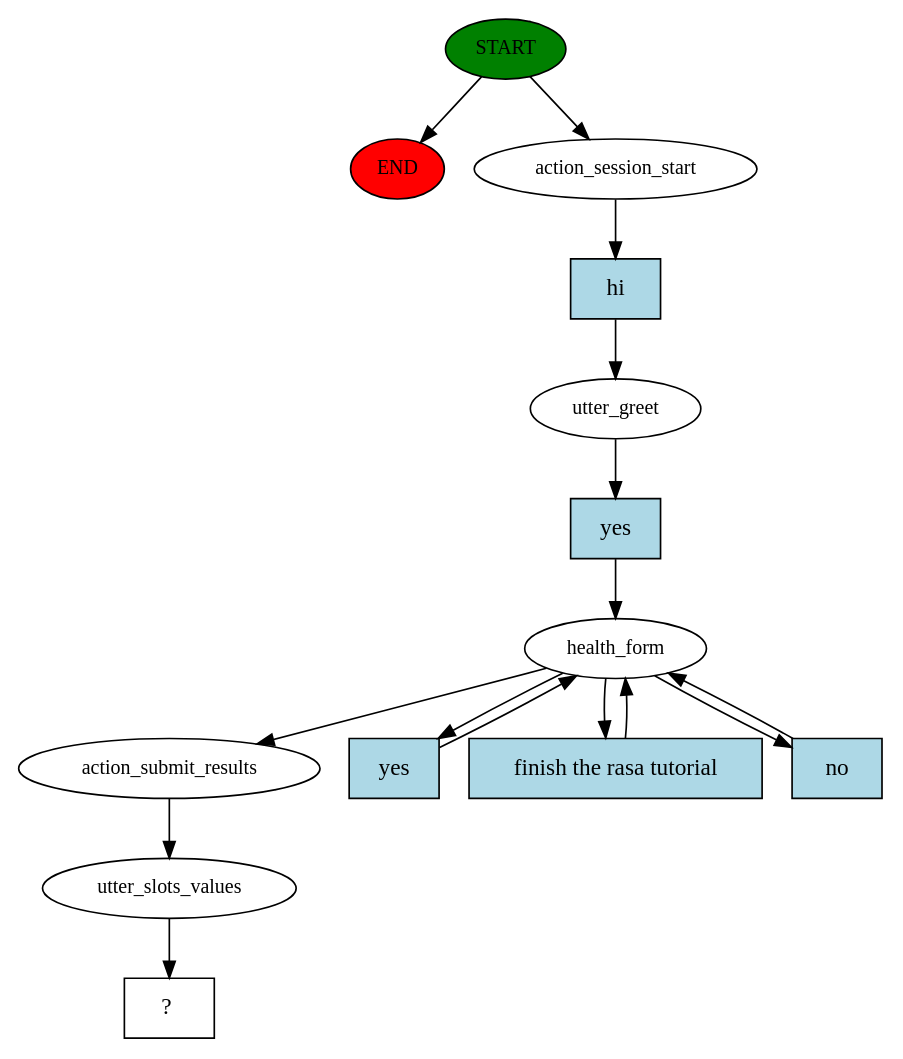
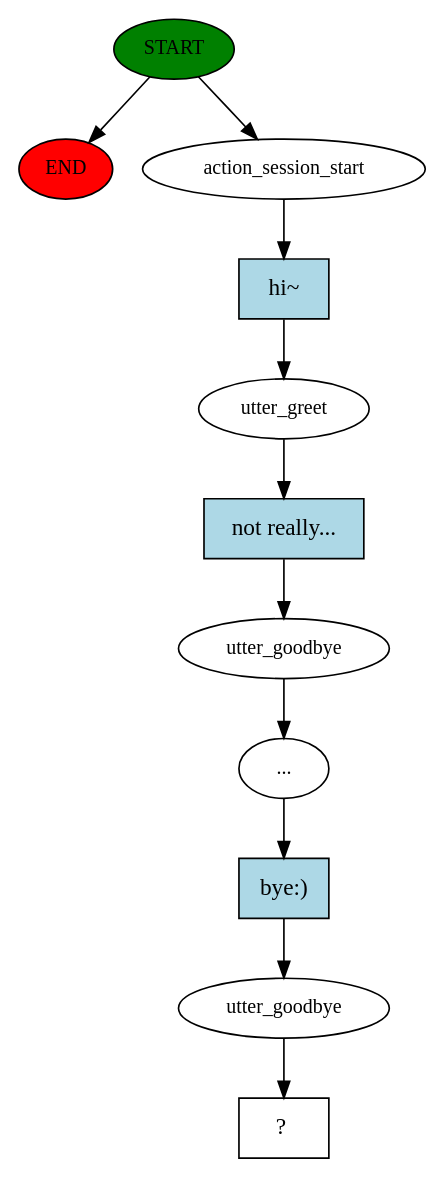
Before and after one commit to JJTam/COMP4461-Project2-Rasa-Chatbot: the diagram in chatbot/story_graph.dot, drawn with Graphviz. The commit also changed 16 other files, not shown here.

```diff
--- a/chatbot/story_graph.dot
+++ b/chatbot/story_graph.dot
@@ -1,30 +1,23 @@
 digraph  {
 0 [class="start active", fillcolor=green, fontsize=12, label=START, style=filled];
 "-1" [class=end, fillcolor=red, fontsize=12, label=END, style=filled];
 1 [class=active, fontsize=12, label=action_session_start];
 2 [class=active, fontsize=12, label=utter_greet];
-3 [class=active, fontsize=12, label=health_form];
-10 [class=active, fontsize=12, label=action_submit_results];
-11 [class=active, fontsize=12, label=utter_slots_values];
-12 [class="intent dashed active", label="  ?  ", shape=rect];
-13 [class="intent active", fillcolor=lightblue, label=hi, shape=rect, style=filled];
-14 [class="intent active", fillcolor=lightblue, label=yes, shape=rect, style=filled];
-15 [class="intent active", fillcolor=lightblue, label=yes, shape=rect, style=filled];
-16 [class="intent active", fillcolor=lightblue, label="finish the rasa tutorial", shape=rect, style=filled];
-17 [class="intent active", fillcolor=lightblue, label=no, shape=rect, style=filled];
+3 [class=active, fontsize=12, label=utter_goodbye];
+4 [class=active, fontsize=12, label="..."];
+5 [class=active, fontsize=12, label=utter_goodbye];
+6 [class="intent dashed active", label="  ?  ", shape=rect];
+7 [class="intent active", fillcolor=lightblue, label="hi~", shape=rect, style=filled];
+8 [class="intent active", fillcolor=lightblue, label="not really...", shape=rect, style=filled];
+9 [class="intent active", fillcolor=lightblue, label="bye:)", shape=rect, style=filled];
 0 -> "-1"  [class="", key=NONE, label=""];
 0 -> 1  [class=active, key=NONE, label=""];
-1 -> 13  [class=active, key=0];
-2 -> 14  [class=active, key=0];
-3 -> 10  [class=active, key=NONE, label=""];
-3 -> 15  [class=active, key=0];
-3 -> 16  [class=active, key=0];
-3 -> 17  [class=active, key=0];
-10 -> 11  [class=active, key=NONE, label=""];
-11 -> 12  [class=active, key=NONE, label=""];
-13 -> 2  [class=active, key=0];
-14 -> 3  [class=active, key=0];
-15 -> 3  [class=active, key=0];
-16 -> 3  [class=active, key=0];
-17 -> 3  [class=active, key=0];
+1 -> 7  [class=active, key=0];
+2 -> 8  [class=active, key=0];
+3 -> 4  [class=active, key=NONE, label=""];
+4 -> 9  [class=active, key=0];
+5 -> 6  [class=active, key=NONE, label=""];
+7 -> 2  [class=active, key=0];
+8 -> 3  [class=active, key=0];
+9 -> 5  [class=active, key=0];
 }
```
